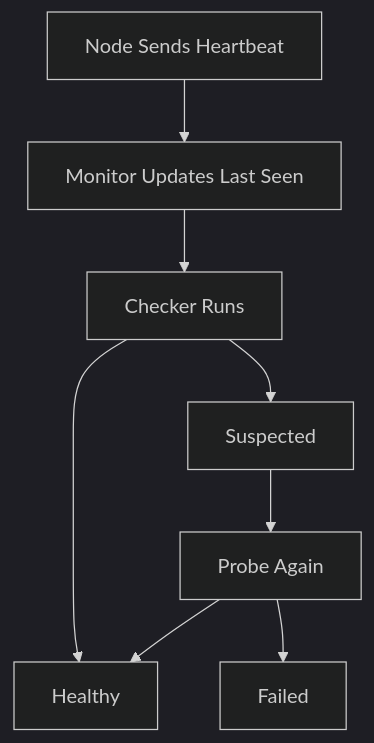
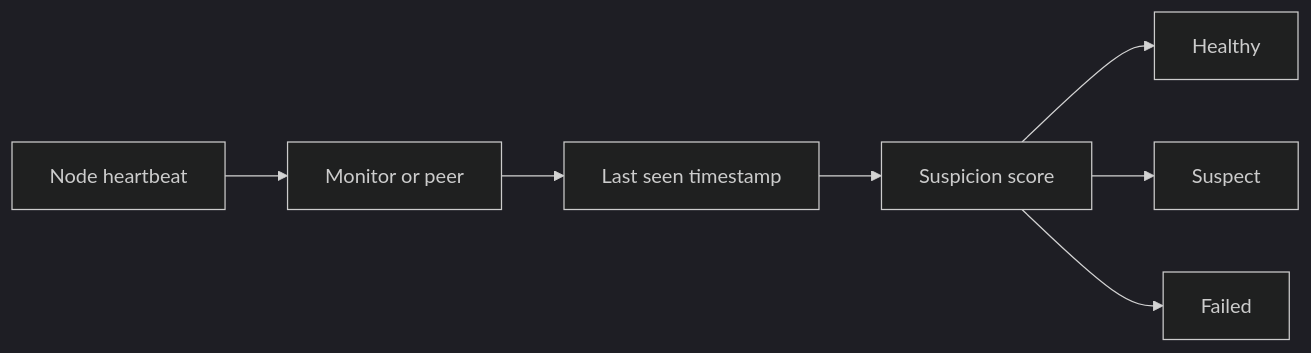
Diagram 13 of 16 in HLD_NOTES/002_TYPES_OF_INTERVIEWS/000_All_types_quick_reference.md (mthaiseer/springcloud-systemdesign-notes), drawn with Mermaid (dark theme) before and after one commit. The commit also changed other lines of this file and 1 other file, not shown here.

````diff
--- a/HLD_NOTES/002_TYPES_OF_INTERVIEWS/000_All_types_quick_reference.md
+++ b/HLD_NOTES/002_TYPES_OF_INTERVIEWS/000_All_types_quick_reference.md
@@ -927,10 +1634,16 @@
 ```mermaid
-flowchart TD
-  A[Node Sends Heartbeat] --> B[Monitor Updates Last Seen]
-  B --> C[Checker Runs]
-  C --> D[Healthy]
-  C --> E[Suspected]
-  E --> F[Probe Again]
-  F --> G[Failed]
-  F --> D
+flowchart LR
+  A[Node heartbeat]
+  B[Monitor or peer]
+  C[Last seen timestamp]
+  D[Suspicion score]
+  E[Healthy]
+  F[Suspect]
+  G[Failed]
+  A --> B
+  B --> C
+  C --> D
+  D --> E
+  D --> F
+  D --> G
 ```
````
